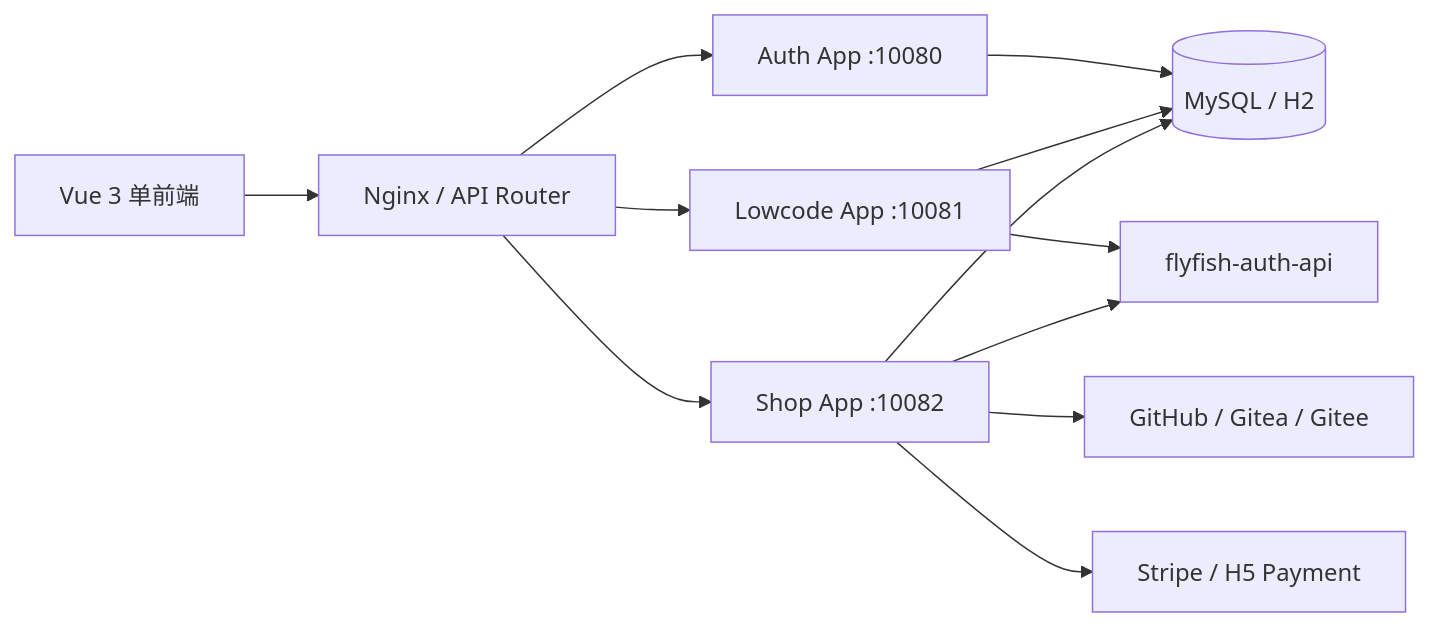
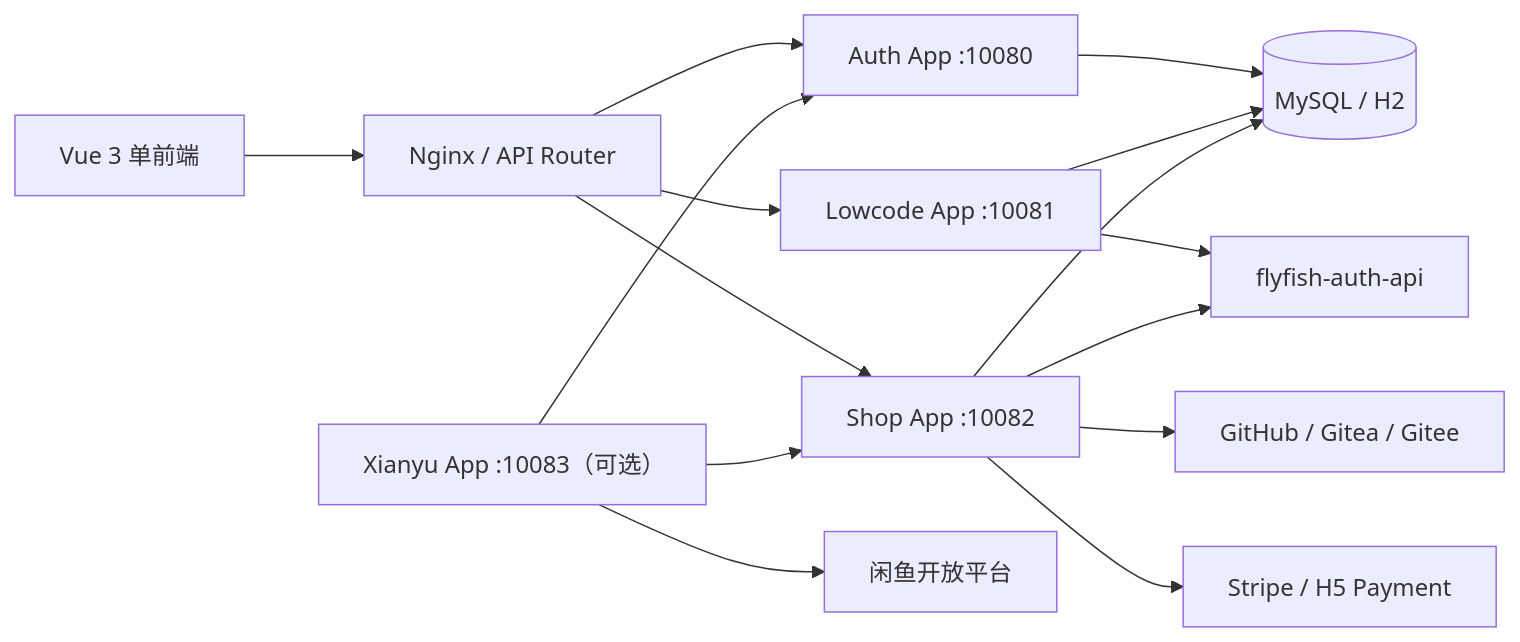
Before and after one commit to flyfish-dev/shop: the diagram in README.md, drawn with Mermaid. The commit also changed other lines of this file and 419 other files, not shown here.

First line of the commit message:
feat: sync latest shop and channel updates

````diff
--- a/README.md
+++ b/README.md
@@ -98,14 +100,17 @@
 ```mermaid
 flowchart LR
     Web["Vue 3 单前端"] --> Nginx["Nginx / API Router"]
     Nginx --> Auth["Auth App :10080"]
     Nginx --> Lowcode["Lowcode App :10081"]
     Nginx --> Shop["Shop App :10082"]
+    Xianyu["Xianyu App :10083（可选）"] --> Auth
+    Xianyu --> Shop
+    Xianyu --> Channel["闲鱼开放平台"]
     Lowcode --> AuthApi["flyfish-auth-api"]
     Shop --> AuthApi
     Auth --> DB[("MySQL / H2")]
     Lowcode --> DB
     Shop --> DB
     Shop --> Git["GitHub / Gitea / Gitee"]
     Shop --> Pay["Stripe / H5 Payment"]
 ```
````
